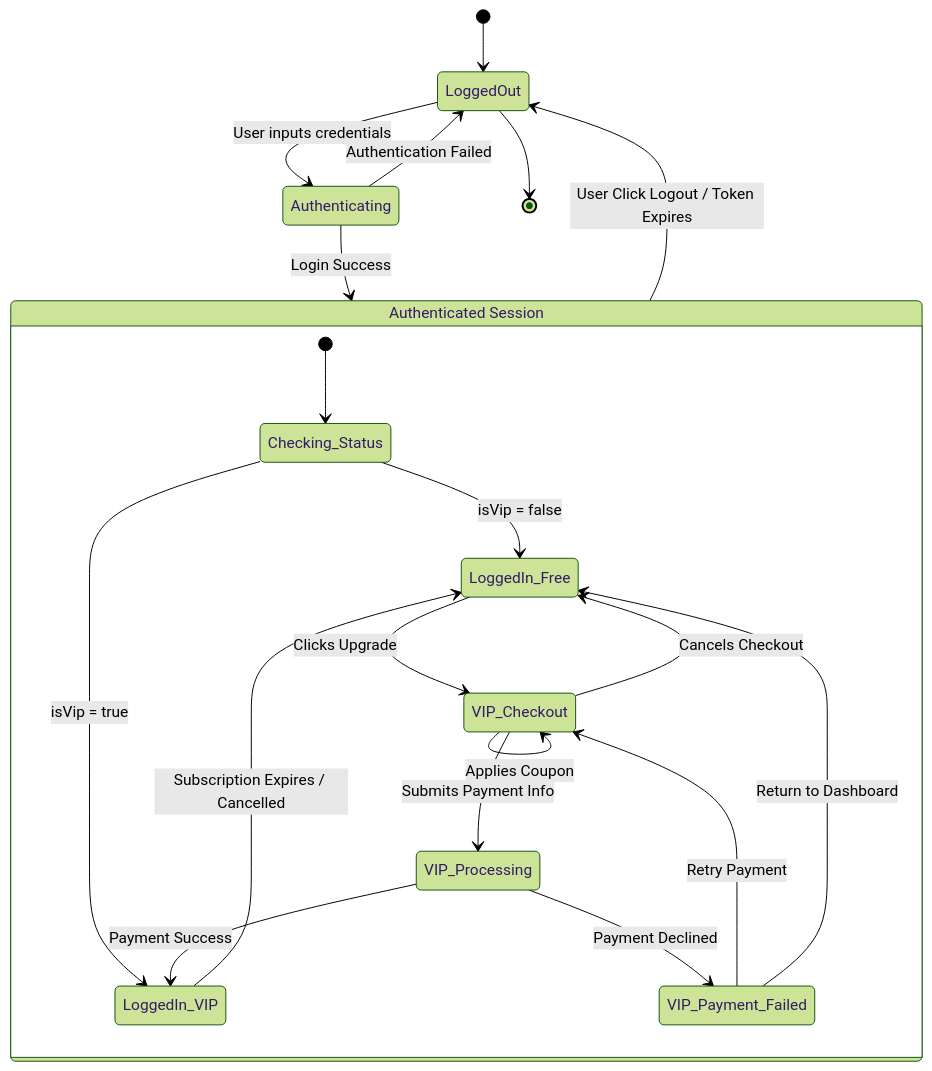
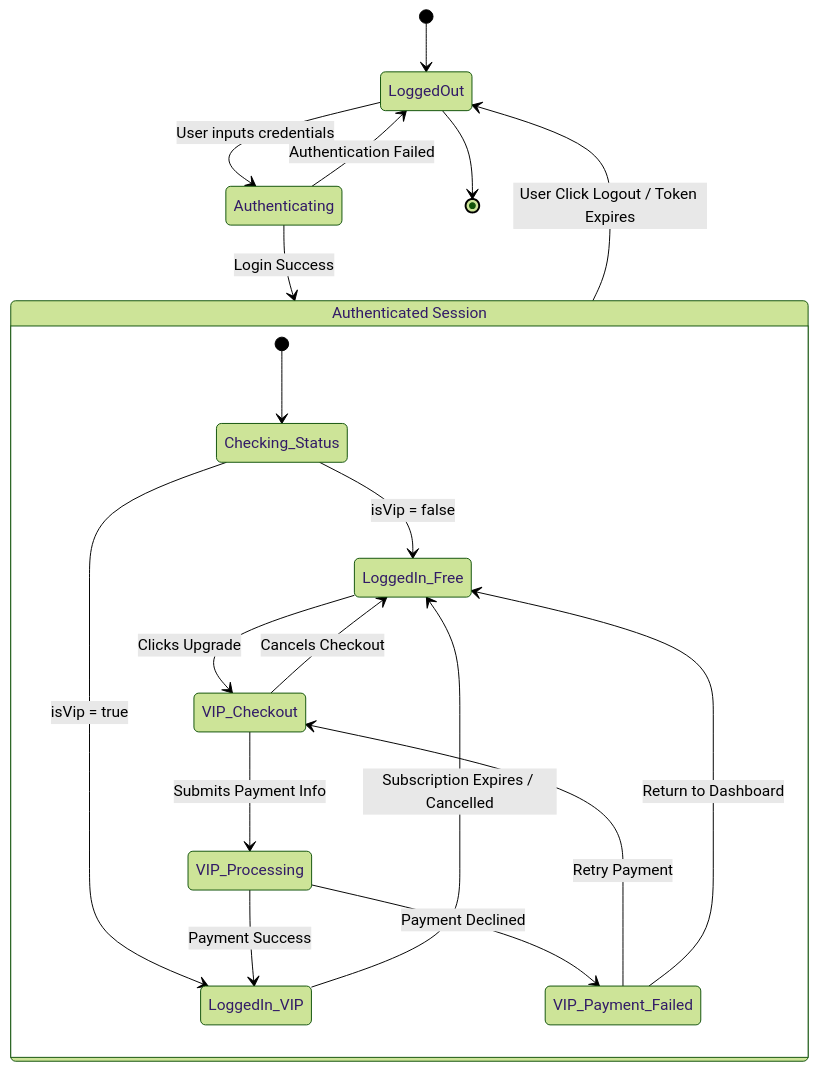
Before and after one commit to michaexxx2324/FYP: the first of 4 diagrams in StateCharts.md, drawn with Mermaid (forest theme). The commit also changed other lines of this file, not shown here.

````diff
--- a/StateCharts.md
+++ b/StateCharts.md
@@ -12,30 +12,29 @@
 ```mermaid
 stateDiagram-v2
     [*] --> LoggedOut
     
     LoggedOut --> Authenticating : User inputs credentials 
     Authenticating --> LoggedOut : Authentication Failed
     Authenticating --> AuthSession : Login Success
     
     state "Authenticated Session" as AuthSession {
         [*] --> Checking_Status
         Checking_Status --> LoggedIn_Free : isVip = false
         Checking_Status --> LoggedIn_VIP : isVip = true
         
         LoggedIn_Free --> VIP_Checkout : Clicks Upgrade
-        VIP_Checkout --> VIP_Checkout : Applies Coupon
         VIP_Checkout --> VIP_Processing : Submits Payment Info
         VIP_Checkout --> LoggedIn_Free : Cancels Checkout
         
         VIP_Processing --> VIP_Payment_Failed : Payment Declined
         VIP_Payment_Failed --> VIP_Checkout : Retry Payment
         VIP_Payment_Failed --> LoggedIn_Free : Return to Dashboard
         
         VIP_Processing --> LoggedIn_VIP : Payment Success
         
         LoggedIn_VIP --> LoggedIn_Free : Subscription Expires / Cancelled
     }
     
     AuthSession --> LoggedOut : User Click Logout / Token Expires
     LoggedOut --> [*]
 ```
````
